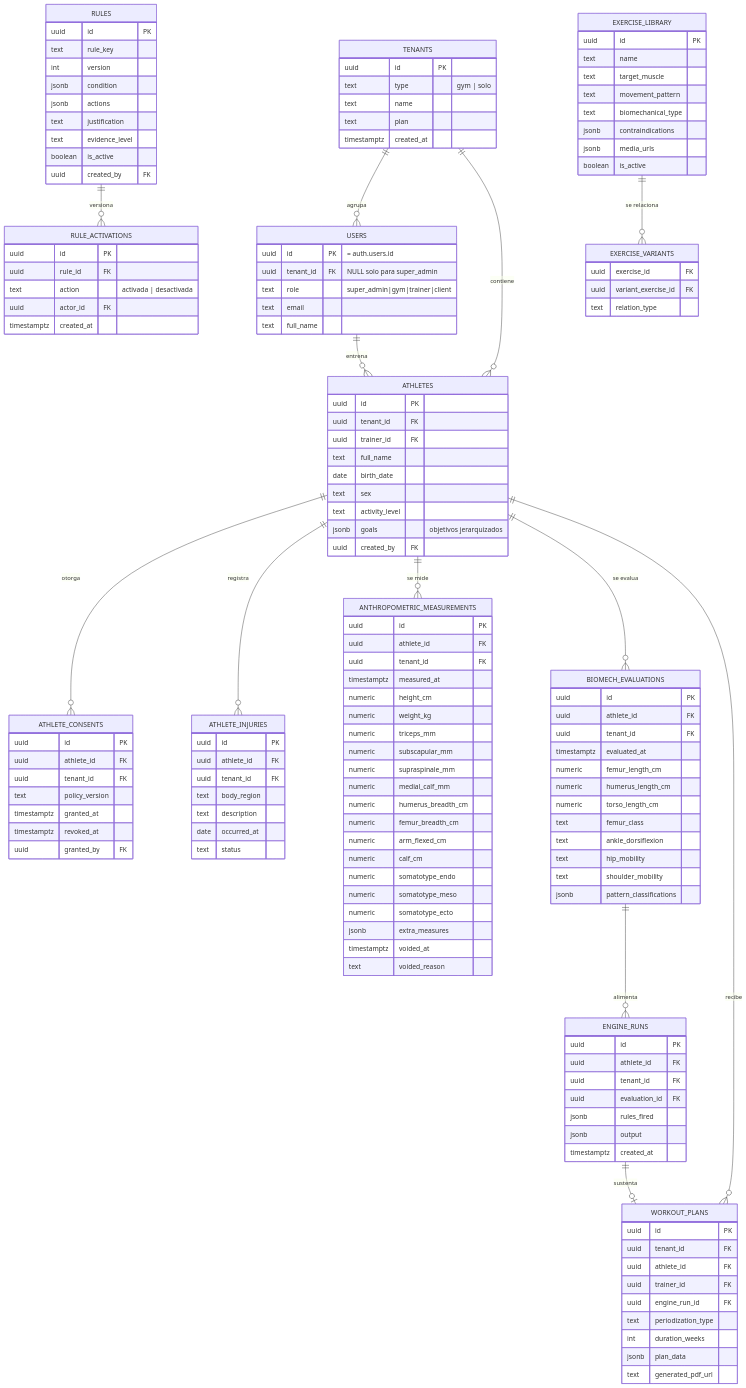
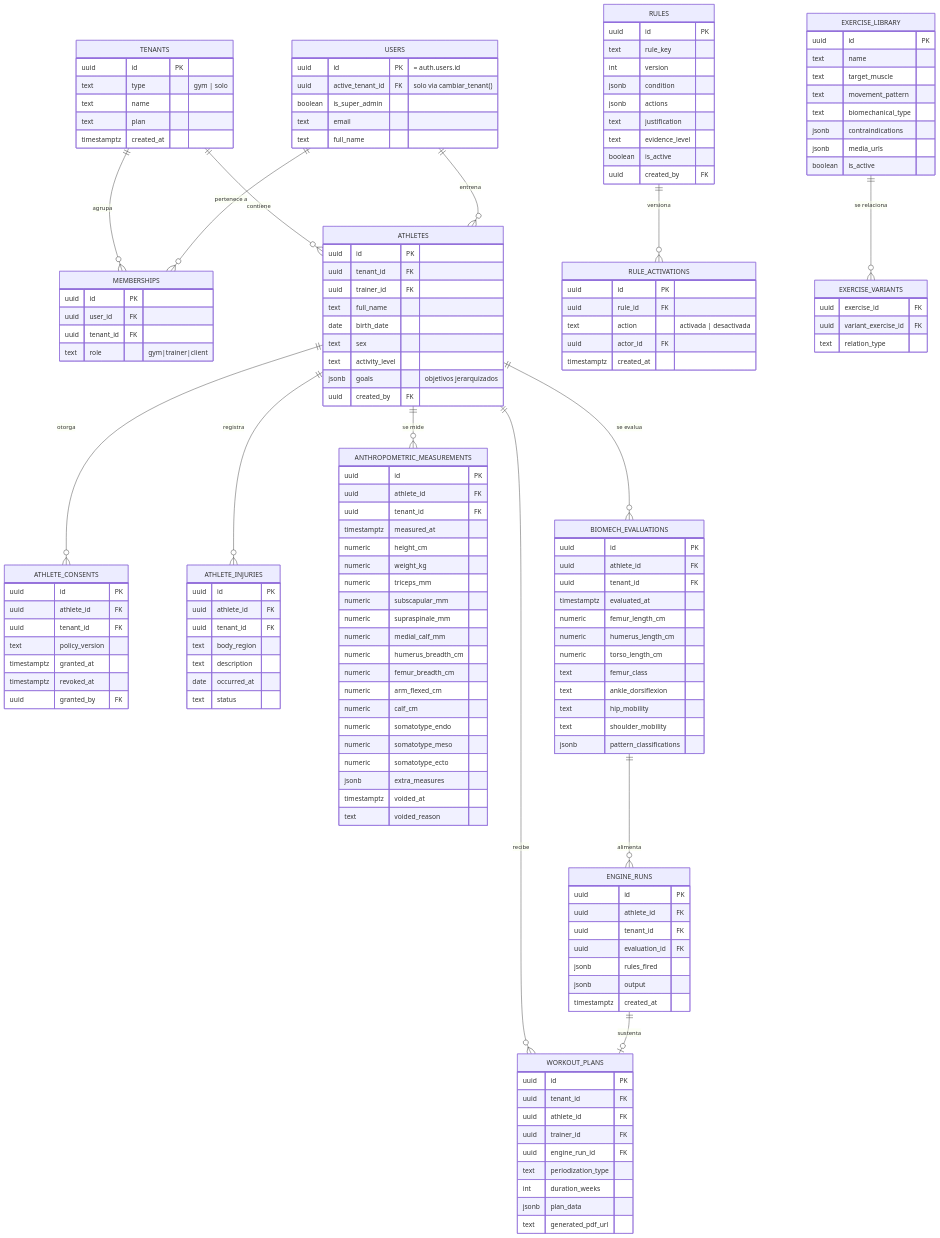
The diagram in docs/MODELO-DATOS.md (jorget08/Gioslab), drawn with Mermaid before and after one commit. The commit also changed other lines of this file and 4 other files, not shown here.

````diff
--- a/docs/MODELO-DATOS.md
+++ b/docs/MODELO-DATOS.md
@@ -56,6 +85,7 @@
 ```mermaid
 erDiagram
-    TENANTS ||--o{ USERS : agrupa
+    TENANTS ||--o{ MEMBERSHIPS : agrupa
+    USERS ||--o{ MEMBERSHIPS : "pertenece a"
     TENANTS ||--o{ ATHLETES : contiene
     USERS ||--o{ ATHLETES : "entrena"
     ATHLETES ||--o{ ATHLETE_CONSENTS : otorga
@@ -77,10 +107,16 @@
     }
     USERS {
         uuid id PK "= auth.users.id"
-        uuid tenant_id FK "NULL solo para super_admin"
-        text role "super_admin|gym|trainer|client"
+        uuid active_tenant_id FK "solo via cambiar_tenant()"
+        boolean is_super_admin
         text email
         text full_name
+    }
+    MEMBERSHIPS {
+        uuid id PK
+        uuid user_id FK
+        uuid tenant_id FK
+        text role "gym|trainer|client"
     }
     ATHLETES {
         uuid id PK
````
